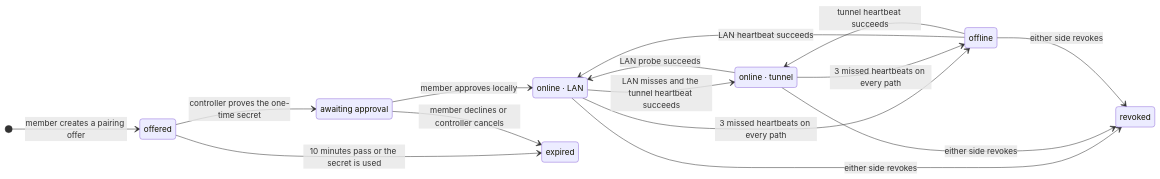
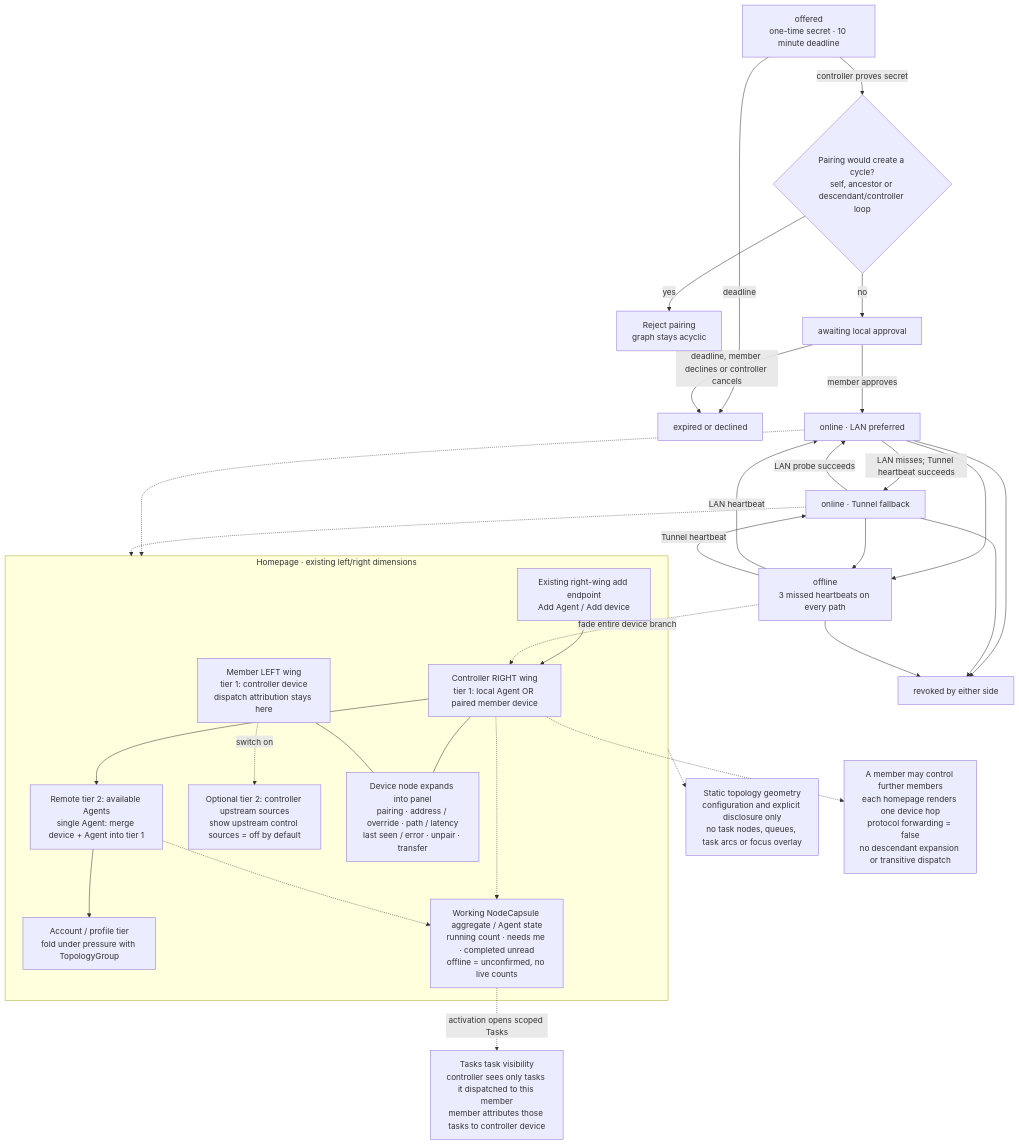
One commit to whzxc/agent-remote-control changed the diagram in arch/mechanisms/device-link.mmd. Above: the diagram before and after it, drawn with Mermaid. The commit also changed 25 other files, not shown here.

Commit message:
docs(design): add device level, homepage modes and working capsules

```diff
--- a/arch/mechanisms/device-link.mmd
+++ b/arch/mechanisms/device-link.mmd
@@ -1,32 +1,57 @@
-%% Device link (layer 2): pairing and reachability of one member as seen by its controller.
+%% Device link (layer 2): pairing guard and one-hop homepage projections.
 %% Index and code mapping: docs/dev/arch-assets.md
-stateDiagram-v2
-  direction LR
-  state "offered" as offered
-  state "awaiting approval" as pending
-  state "online · LAN" as lan
-  state "online · tunnel" as tunnel
-  state "offline" as offline
-  state "expired" as expired
-  state "revoked" as revoked
-  [*] --> offered: member creates a pairing offer
-  offered --> pending: controller proves the one-time secret
-  offered --> expired: 10 minutes pass or the secret is used
-  pending --> lan: member approves locally
-  pending --> expired: member declines or controller cancels
-  lan --> tunnel: LAN misses and the tunnel heartbeat succeeds
-  tunnel --> lan: LAN probe succeeds
-  lan --> offline: 3 missed heartbeats on every path
-  tunnel --> offline: 3 missed heartbeats on every path
-  offline --> lan: LAN heartbeat succeeds
-  offline --> tunnel: tunnel heartbeat succeeds
-  lan --> revoked: either side revokes
-  tunnel --> revoked: either side revokes
-  offline --> revoked: either side revokes
-  class offered waiting
-  class pending waiting
-  class lan done
-  class tunnel done
-  class offline stopped
-  class expired stopped
-  class revoked stopped
+flowchart TB
+  offer["offered<br/>one-time secret · 10 minute deadline"]
+  guard{"Pairing would create a cycle?<br/>self, ancestor or descendant/controller loop"}
+  reject["Reject pairing<br/>graph stays acyclic"]
+  pending["awaiting local approval"]
+  expired["expired or declined"]
+  lan["online · LAN preferred"]
+  tunnel["online · Tunnel fallback"]
+  offline["offline<br/>3 missed heartbeats on every path"]
+  revoked["revoked by either side"]
+  offer -->|"controller proves secret"| guard
+  guard -->|"yes"| reject
+  guard -->|"no"| pending
+  offer -->|"deadline"| expired
+  pending -->|"deadline, member declines or controller cancels"| expired
+  pending -->|"member approves"| lan
+  lan -->|"LAN misses; Tunnel heartbeat succeeds"| tunnel
+  tunnel -->|"LAN probe succeeds"| lan
+  lan --> offline
+  tunnel --> offline
+  offline -->|"LAN heartbeat"| lan
+  offline -->|"Tunnel heartbeat"| tunnel
+  lan --> revoked
+  tunnel --> revoked
+  offline --> revoked
+  subgraph VIEW["Homepage · existing left/right dimensions"]
+    right["Controller RIGHT wing<br/>tier 1: local Agent OR paired member device"]
+    agent["Remote tier 2: available Agents<br/>single Agent: merge device + Agent into tier 1"]
+    account["Account / profile tier<br/>fold under pressure with TopologyGroup"]
+    badges["Working NodeCapsule aggregate / Agent state<br/>running count · needs me · completed unread<br/>offline = unconfirmed, no live counts"]
+    left["Member LEFT wing<br/>tier 1: controller device<br/>dispatch attribution stays here"]
+    upstream["Optional tier 2: controller upstream sources<br/>show upstream control sources = off by default"]
+    management["Device node expands into panel<br/>pairing · address / override · path / latency<br/>last seen / error · unpair · transfer"]
+    add["Existing right-wing add endpoint<br/>Add Agent / Add device"]
+    right --> agent --> account
+    right -.-> badges
+    agent -.-> badges
+    left -.->|"switch on"| upstream
+    right --- management
+    left --- management
+    add --> right
+  end
+  geometry["Static topology geometry<br/>configuration and explicit disclosure only<br/>no task nodes, queues, task arcs or focus overlay"]
+  visibility["Tasks task visibility<br/>controller sees only tasks it dispatched to this member<br/>member attributes those tasks to controller device"]
+  VIEW -.-> geometry
+  badges -.->|"activation opens scoped Tasks"| visibility
+  lan -.-> VIEW
+  tunnel -.-> VIEW
+  offline -.->|"fade entire device branch"| right
+  nesting["A member may control further members<br/>each homepage renders one device hop<br/>protocol forwarding = false<br/>no descendant expansion or transitive dispatch"]
+  right -.-> nesting
+  class offer,pending waiting
+  class lan,tunnel done
+  class offline,expired,revoked,reject stopped
+  class right,agent,account,badges,geometry,visibility,left,upstream,management,add,nesting experimental
```
